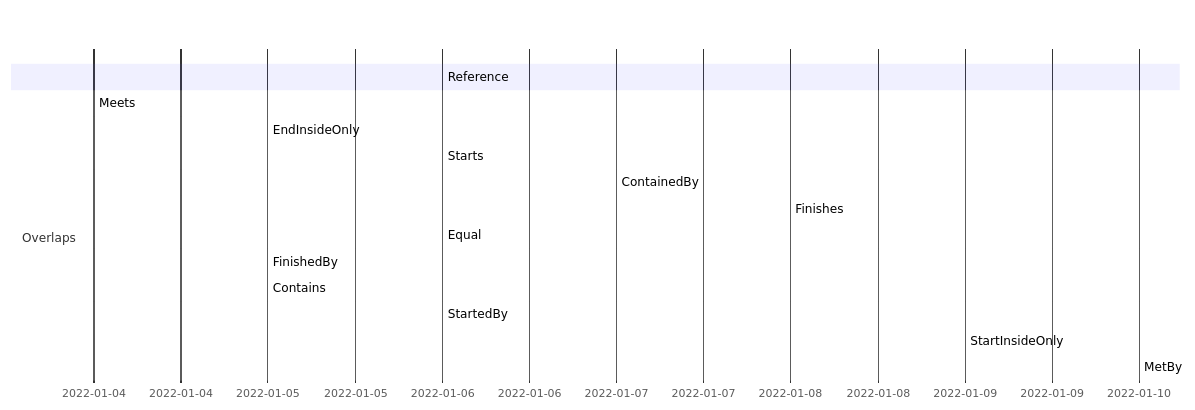
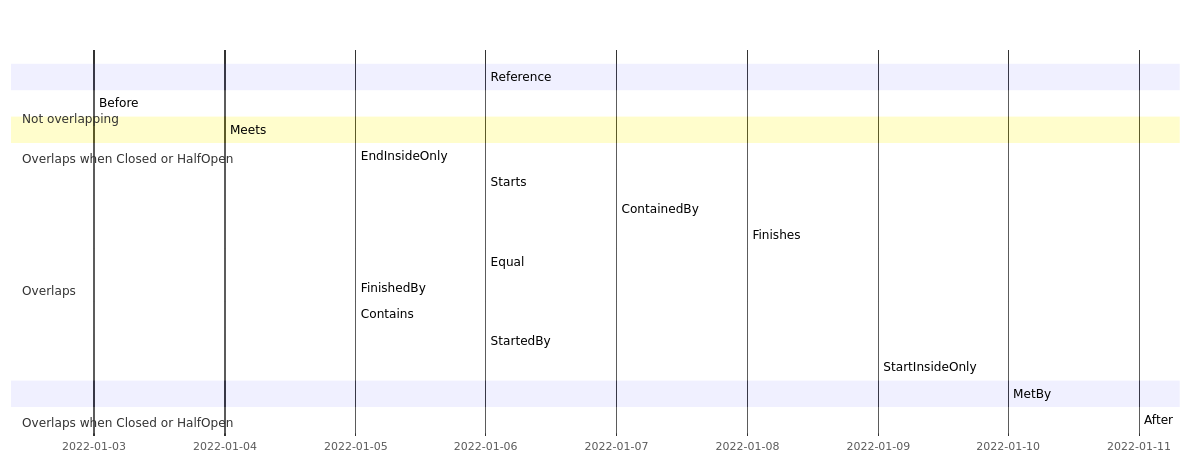
One commit to viclang/IntervalSets changed the diagram in README.md. Above: the diagram before and after it, drawn with Mermaid.

Commit message:
mermaid fix

````diff
--- a/README.md
+++ b/README.md
@@ -5,22 +5,27 @@
 ```mermaid
 gantt
-    Reference :active, a, 2022-01-06, 2022-01-10
-    section
+    Reference :active, a, 2022-01-06, 2022-01-10   
+
+	section Not overlapping
     Before :crit, b, 2022-01-03, 2022-01-05
+   
+    section Overlaps when Closed or HalfOpen  
+    Meets :crit, c, 2022-01-04, 2022-01-06
 
-    section Overlaps
-    Meets :crit, c, 2022-01-04, 2022-01-06
+	section Overlaps
     EndInsideOnly :crit, d, 2022-01-05, 2022-01-07
     Starts :crit, e, 2022-01-06, 2022-01-08
     ContainedBy :crit, f, 2022-01-07, 2022-01-09
     Finishes :crit, g, 2022-01-08, 2022-01-10
     Equal :crit, h, 2022-01-06, 2022-01-10
     FinishedBy :crit, i, 2022-01-05, 2022-01-10
     Contains :crit, j, 2022-01-05, 2022-01-11
     StartedBy :crit, k, 2022-01-06, 2022-01-11
     StartInsideOnly :crit, l, 2022-01-09, 2022-01-11
+   
+	section Overlaps when Closed or HalfOpen
     MetBy :crit, m, 2022-01-10, 2022-01-12
 
-    section
+    section Not overlapping
     After :crit, n, 2022-01-11, 2022-01-13
 ```
````
